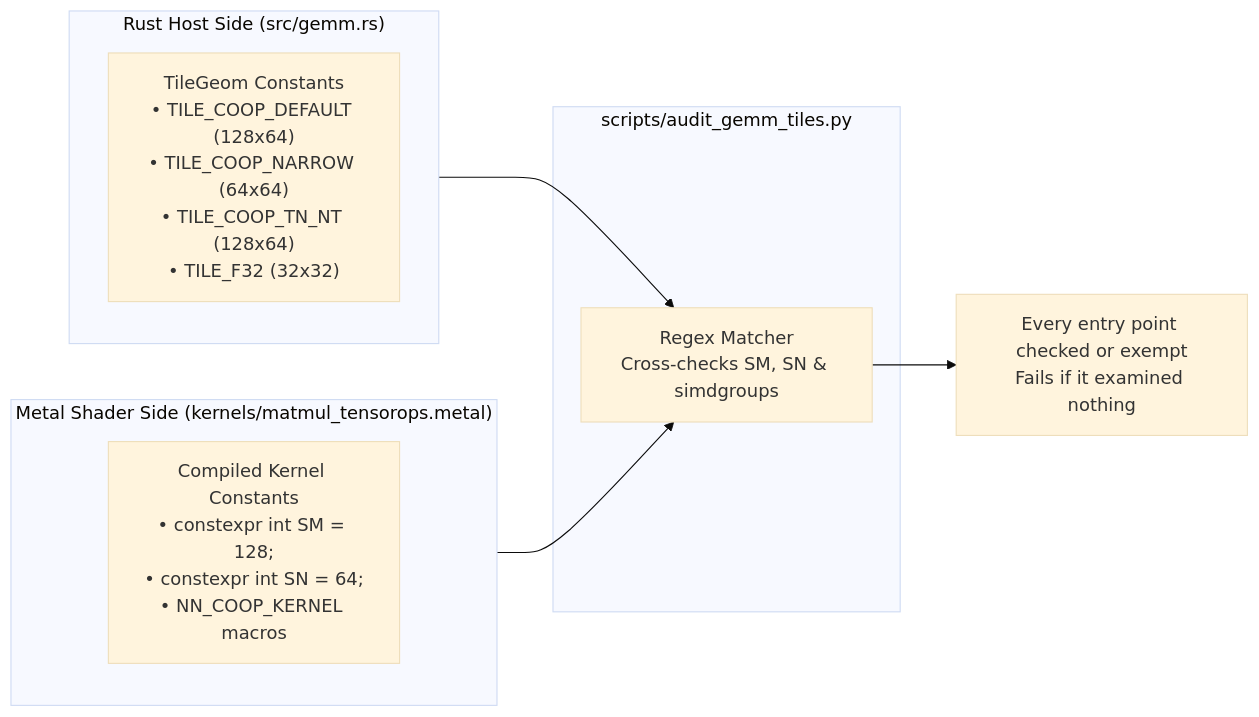
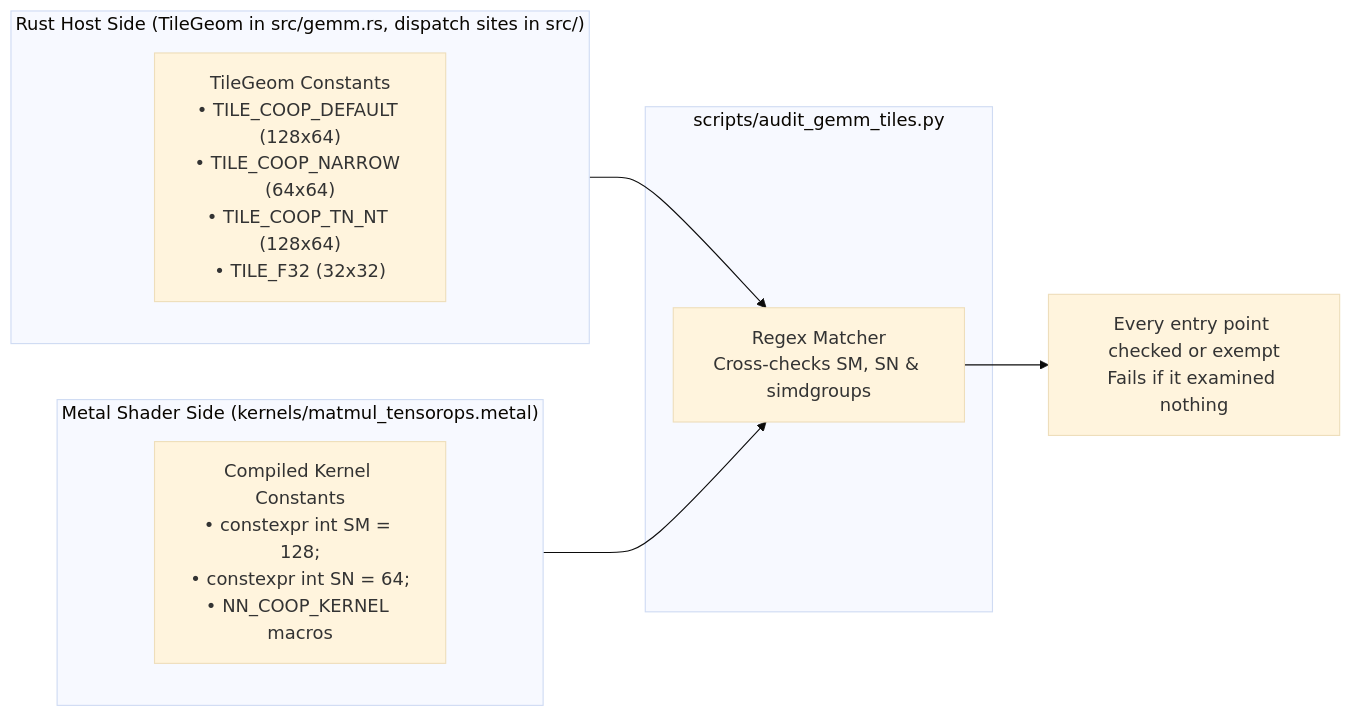
Before and after one commit to bharathvbcr/tessl: the second of 4 diagrams in docs/verification.md, drawn with Mermaid (base theme). The commit also changed other lines of this file and 4 other files, not shown here.

First line of the commit message:
audit: check tile geometry at every literal dispatch under src/

````diff
--- a/docs/verification.md
+++ b/docs/verification.md
@@ -29,18 +29,18 @@
 ```mermaid
 flowchart LR
-    subgraph RustLand["Rust Host Side (src/gemm.rs)"]
+    subgraph RustLand["Rust Host Side (TileGeom in src/gemm.rs, dispatch sites in src/)"]
         TileDef["TileGeom Constants<br/>• TILE_COOP_DEFAULT (128x64)<br/>• TILE_COOP_NARROW (64x64)<br/>• TILE_COOP_TN_NT (128x64)<br/>• TILE_F32 (32x32)"]
     end
 
     subgraph Script["scripts/audit_gemm_tiles.py"]
         Extractor["Regex Matcher<br/>Cross-checks SM, SN &amp; simdgroups"]
     end
 
     subgraph MetalLand["Metal Shader Side (kernels/matmul_tensorops.metal)"]
         ShaderDef["Compiled Kernel Constants<br/>• constexpr int SM = 128;<br/>• constexpr int SN = 64;<br/>• NN_COOP_KERNEL macros"]
     end
 
     RustLand --> Extractor
     MetalLand --> Extractor
     Extractor --> Pass["Every entry point checked or exempt<br/>Fails if it examined nothing"]
 ```
````
